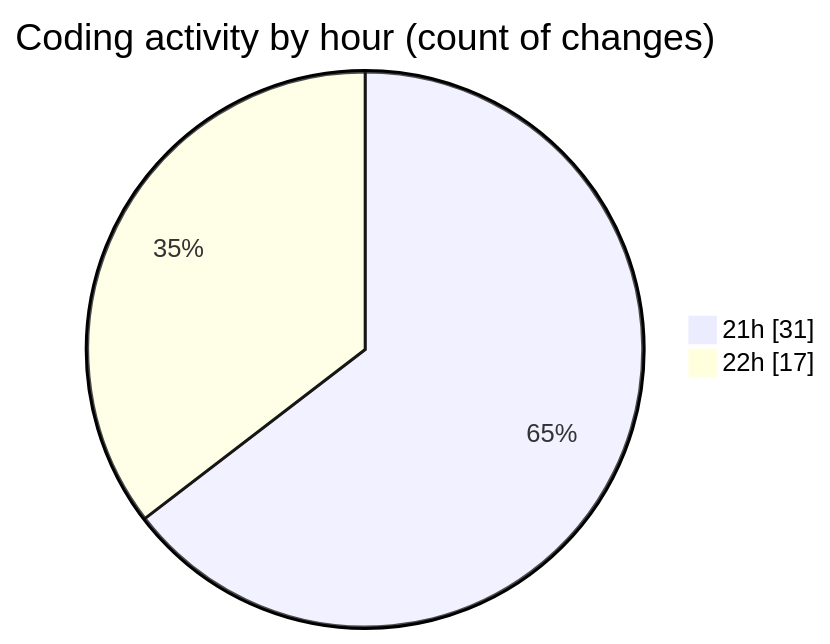
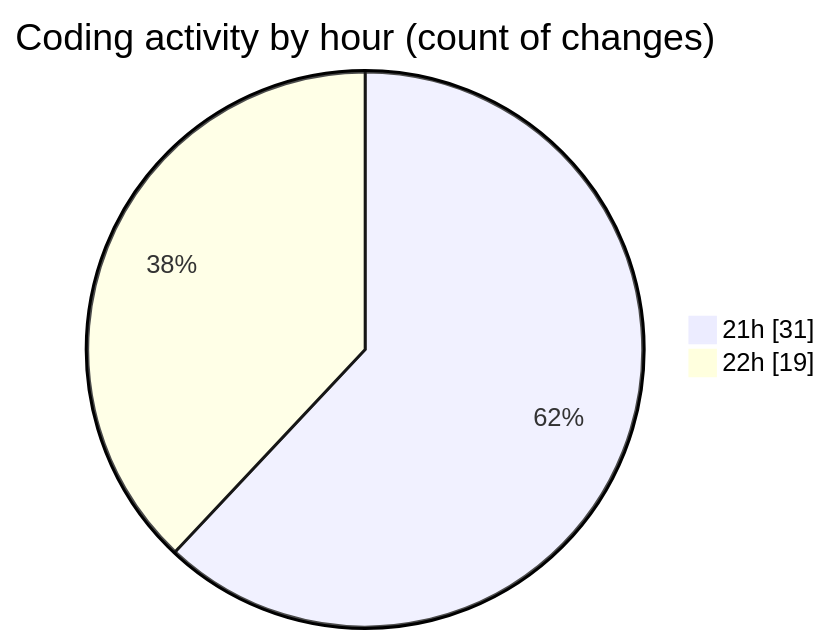
The second of 2 diagrams in 2025-07-19/reggarena/README.md (lephambinh05/code-tracking), drawn with Mermaid before and after one commit. The commit also changed other lines of this file and 1 other file, not shown here.

````diff
--- a/2025-07-19/reggarena/README.md
+++ b/2025-07-19/reggarena/README.md
@@ -46,6 +46,6 @@
 ```mermaid
 pie showData
 title Coding activity by hour (count of changes)
 "21h" : 31
-"22h" : 17
+"22h" : 19
 ```
````
